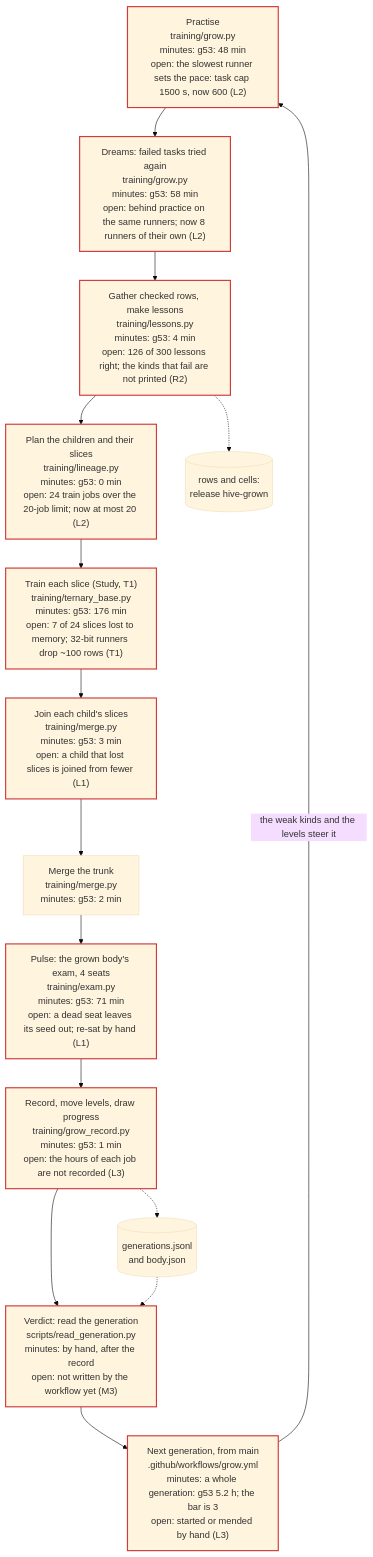
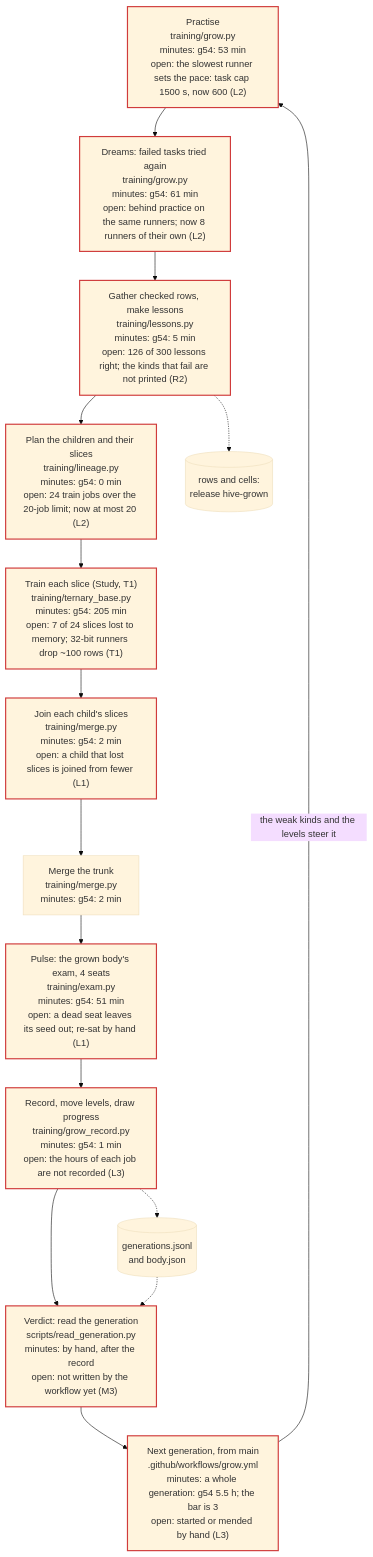
The first of 4 diagrams in docs/KNOWLEDGE.md (Arnav123-s/HiveMIND), drawn with Mermaid (base theme) before and after one commit. The commit also changed 16 other files, not shown here.

Commit message:
The hive's body: generation g54

````diff
--- a/docs/KNOWLEDGE.md
+++ b/docs/KNOWLEDGE.md
@@ -11,31 +11,31 @@
 ```mermaid
 flowchart TD
-  practise["Practise<br/>training/grow.py<br/>minutes: g53: 48 min<br/>open: the slowest runner sets the pace: task cap 1500 s, now 600 (L2)"]:::open
-  dreams["Dreams: failed tasks tried again<br/>training/grow.py<br/>minutes: g53: 58 min<br/>open: behind practice on the same runners; now 8 runners of their own (L2)"]:::open
-  gather["Gather checked rows, make lessons<br/>training/lessons.py<br/>minutes: g53: 4 min<br/>open: 126 of 300 lessons right; the kinds that fail are not printed (R2)"]:::open
-  plan["Plan the children and their slices<br/>training/lineage.py<br/>minutes: g53: 0 min<br/>open: 24 train jobs over the 20-job limit; now at most 20 (L2)"]:::open
-  trainc["Train each slice (Study, T1)<br/>training/ternary_base.py<br/>minutes: g53: 176 min<br/>open: 7 of 24 slices lost to memory; 32-bit runners drop ~100 rows (T1)"]:::open
-  join["Join each child's slices<br/>training/merge.py<br/>minutes: g53: 3 min<br/>open: a child that lost slices is joined from fewer (L1)"]:::open
-  trunk["Merge the trunk<br/>training/merge.py<br/>minutes: g53: 2 min"]
-  pulse["Pulse: the grown body's exam, 4 seats<br/>training/exam.py<br/>minutes: g53: 71 min<br/>open: a dead seat leaves its seed out; re-sat by hand (L1)"]:::open
-  recordg["Record, move levels, draw progress<br/>training/grow_record.py<br/>minutes: g53: 1 min<br/>open: the hours of each job are not recorded (L3)"]:::open
+  practise["Practise<br/>training/grow.py<br/>minutes: g54: 53 min<br/>open: the slowest runner sets the pace: task cap 1500 s, now 600 (L2)"]:::open
+  dreams["Dreams: failed tasks tried again<br/>training/grow.py<br/>minutes: g54: 61 min<br/>open: behind practice on the same runners; now 8 runners of their own (L2)"]:::open
+  gather["Gather checked rows, make lessons<br/>training/lessons.py<br/>minutes: g54: 5 min<br/>open: 126 of 300 lessons right; the kinds that fail are not printed (R2)"]:::open
+  plan["Plan the children and their slices<br/>training/lineage.py<br/>minutes: g54: 0 min<br/>open: 24 train jobs over the 20-job limit; now at most 20 (L2)"]:::open
+  trainc["Train each slice (Study, T1)<br/>training/ternary_base.py<br/>minutes: g54: 205 min<br/>open: 7 of 24 slices lost to memory; 32-bit runners drop ~100 rows (T1)"]:::open
+  join["Join each child's slices<br/>training/merge.py<br/>minutes: g54: 2 min<br/>open: a child that lost slices is joined from fewer (L1)"]:::open
+  trunk["Merge the trunk<br/>training/merge.py<br/>minutes: g54: 2 min"]
+  pulse["Pulse: the grown body's exam, 4 seats<br/>training/exam.py<br/>minutes: g54: 51 min<br/>open: a dead seat leaves its seed out; re-sat by hand (L1)"]:::open
+  recordg["Record, move levels, draw progress<br/>training/grow_record.py<br/>minutes: g54: 1 min<br/>open: the hours of each job are not recorded (L3)"]:::open
   verdictg["Verdict: read the generation<br/>scripts/read_generation.py<br/>minutes: by hand, after the record<br/>open: not written by the workflow yet (M3)"]:::open
-  nextg["Next generation, from main<br/>.github/workflows/grow.yml<br/>minutes: a whole generation: g53 5.2 h; the bar is 3<br/>open: started or mended by hand (L3)"]:::open
+  nextg["Next generation, from main<br/>.github/workflows/grow.yml<br/>minutes: a whole generation: g54 5.5 h; the bar is 3<br/>open: started or mended by hand (L3)"]:::open
   practise --> dreams
   dreams --> gather
   gather --> plan
   plan --> trainc
   trainc --> join
   join --> trunk
   trunk --> pulse
   pulse --> recordg
   recordg --> verdictg
   verdictg --> nextg
   nextg -->|"the weak kinds and the levels steer it"| practise
   rel[("rows and cells:<br/>release hive-grown")]
   rec[("generations.jsonl<br/>and body.json")]
   gather -.-> rel
   recordg -.-> rec
   rec -.-> verdictg
   classDef open stroke:#d03b3b,stroke-width:2px
 ```
````
